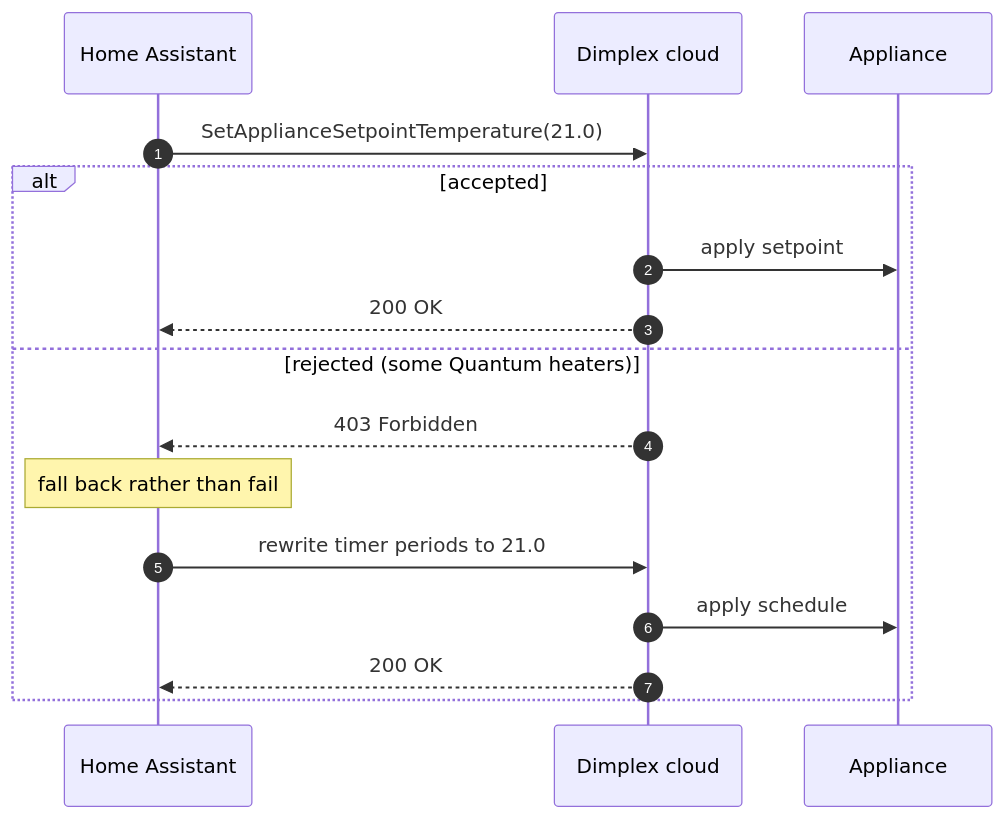
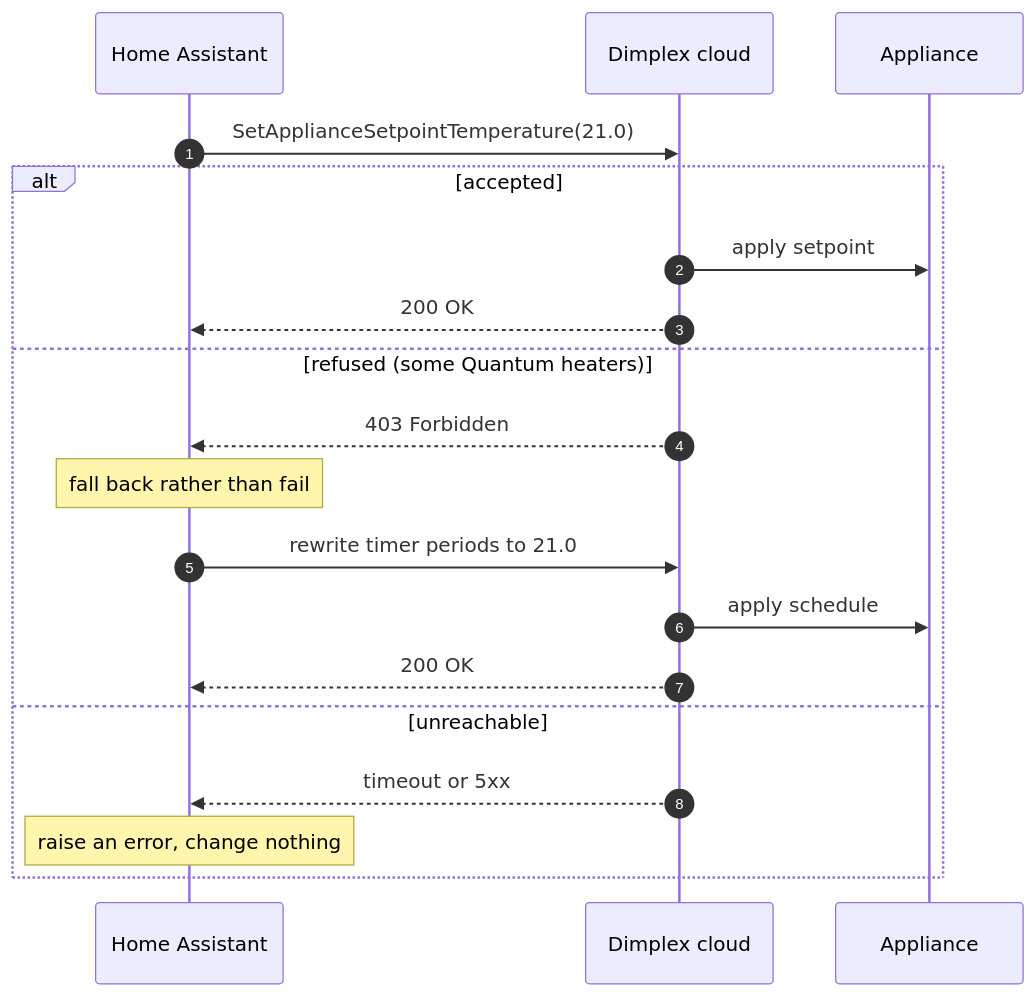
The diagram in docs/use/temperature.md (KRoperUK/dimplex-controller-hass), drawn with Mermaid before and after one commit. The commit also changed other lines of this file and 4 other files, not shown here.

````diff
--- a/docs/use/temperature.md
+++ b/docs/use/temperature.md
@@ -13,19 +13,22 @@
 ```mermaid
 sequenceDiagram
     autonumber
     participant HA as Home Assistant
     participant Cloud as Dimplex cloud
     participant App as Appliance
 
     HA->>Cloud: SetApplianceSetpointTemperature(21.0)
     alt accepted
         Cloud->>App: apply setpoint
         Cloud-->>HA: 200 OK
-    else rejected (some Quantum heaters)
+    else refused (some Quantum heaters)
         Cloud-->>HA: 403 Forbidden
         Note over HA: fall back rather than fail
         HA->>Cloud: rewrite timer periods to 21.0
         Cloud->>App: apply schedule
         Cloud-->>HA: 200 OK
+    else unreachable
+        Cloud-->>HA: timeout or 5xx
+        Note over HA: raise an error, change nothing
     end
 ```
````
